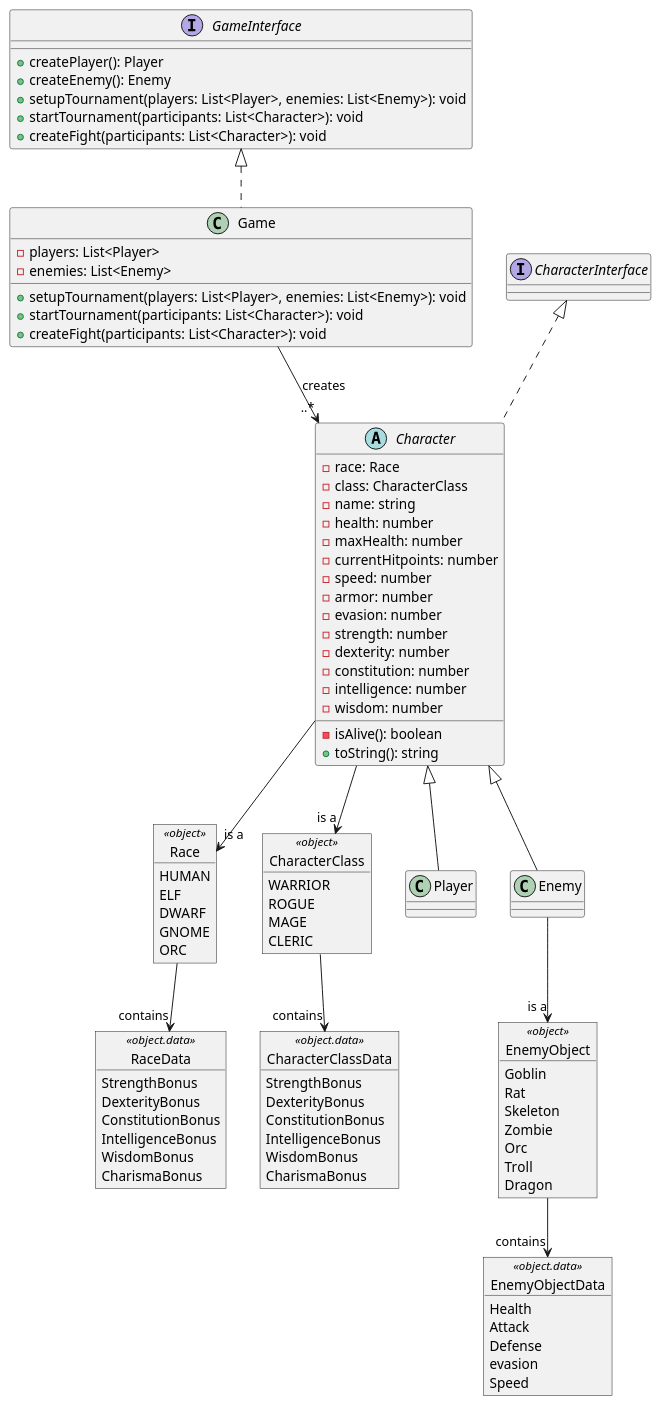
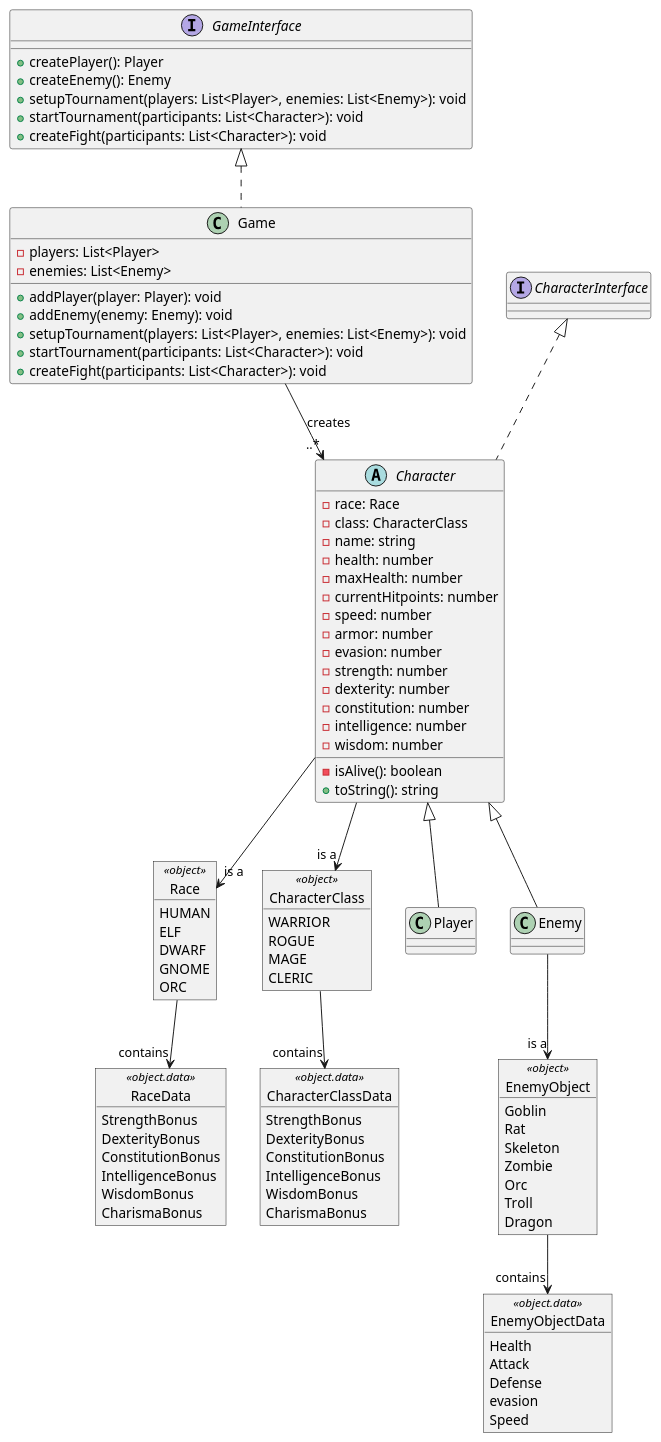
Before and after one commit to MrNegnar/RpgRandomGame: the diagram in diagrams/class_diagram_tournament_fighter_v_01.puml, drawn with PlantUML.

Commit message:
add creates to game class

```diff
--- a/diagrams/class_diagram_tournament_fighter_v_01.puml
+++ b/diagrams/class_diagram_tournament_fighter_v_01.puml
@@ -1,130 +1,132 @@
 @startuml Class diagram of Tournament Fighter
 
 '===============Interfaces=================
 
 interface GameInterface {
   +createPlayer(): Player
   +createEnemy(): Enemy
   +setupTournament(players: List<Player>, enemies: List<Enemy>): void
   +startTournament(participants: List<Character>): void
   +createFight(participants: List<Character>): void
 }
 
 
 
 '===============Objects=================
 
 object EnemyObject <<object>> {
   Goblin
   Rat
   Skeleton
   Zombie
   Orc
   Troll
   Dragon
 }
 
 object Race <<object>> {
   HUMAN
   ELF
   DWARF
   GNOME
   ORC
 }
 
 object CharacterClass <<object>> {
   WARRIOR
   ROGUE
   MAGE
   CLERIC
 }
 
 '===============Object data=================
 
 object EnemyObjectData <<object.data>> {
   Health
   Attack
   Defense
   evasion
   Speed
 }
 
 object RaceData <<object.data>> {
   StrengthBonus
   DexterityBonus
   ConstitutionBonus
   IntelligenceBonus
   WisdomBonus
   CharismaBonus
 }
 
 object CharacterClassData <<object.data>> {
   StrengthBonus
   DexterityBonus
   ConstitutionBonus
   IntelligenceBonus
   WisdomBonus
   CharismaBonus
 }
 
 
 
 '===============abstract classes=================
 
 abstract Character implements CharacterInterface {
   - race: Race
   - class: CharacterClass
   - name: string
   - health: number
   - maxHealth: number
   - currentHitpoints: number
   - speed: number
   - armor: number
   - evasion: number
   - strength: number
   - dexterity: number
   - constitution: number
   - intelligence: number
   - wisdom: number
   - isAlive(): boolean
   + toString(): string
 }
 
 '===============concrete classes=================
 
 class Game implements GameInterface {
   -players: List<Player>
   -enemies: List<Enemy>
+  +addPlayer(player: Player): void
+  +addEnemy(enemy: Enemy): void
   +setupTournament(players: List<Player>, enemies: List<Enemy>): void
   +startTournament(participants: List<Character>): void
   +createFight(participants: List<Character>): void
 }
 
 class Player extends Character {
 }
 
 class Enemy extends Character {
 }
 
 '================Objects=================
 
 Character --> "is a" Race
 Character --> "is a" CharacterClass
 
 Enemy --> "is a" EnemyObject
 
 '===============relations=================
 
 Game --> "..*" Character: creates
 
 '==========Object data relations===========
 
 Race --> "contains" RaceData
 
 EnemyObject --> "contains" EnemyObjectData
 
 CharacterClass --> "contains" CharacterClassData
 
 '===============Notes=================
 
 @enduml
```
